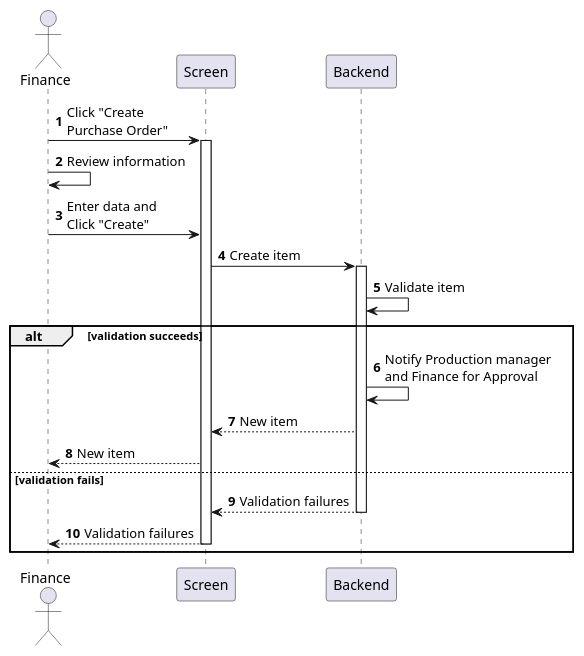
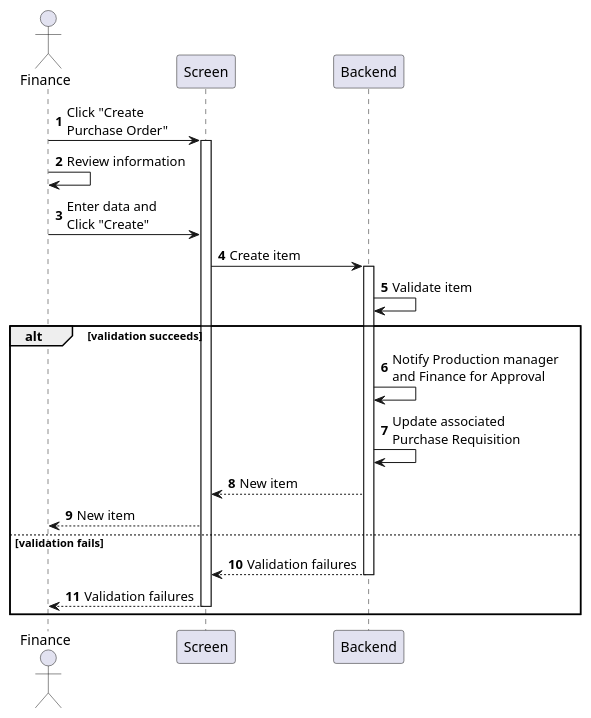
One commit to phihungha/scmss-reqs changed the diagram in sequences/purchase-order-create.plantuml. Above: the diagram before and after it, drawn with PlantUML. The commit also changed 5 other files, not shown here.

```diff
--- a/sequences/purchase-order-create.plantuml
+++ b/sequences/purchase-order-create.plantuml
@@ -1,24 +1,25 @@
 @startuml purchase-order-create
 autonumber
 
 actor "Finance" as a
 participant Screen as f
 participant Backend as b
 
 a -> f : Click "Create\nPurchase Order"
 activate f
 a -> a : Review information
 a -> f : Enter data and\nClick "Create"
 f -> b : Create item
 activate b
 b -> b : Validate item
 
 alt validation succeeds
     b -> b : Notify Production manager\nand Finance for Approval
+    b -> b : Update associated\nPurchase Requisition
     b --> f : New item
     f --> a : New item
 else validation fails
     return Validation failures
     return Validation failures
 end
 @enduml
```
